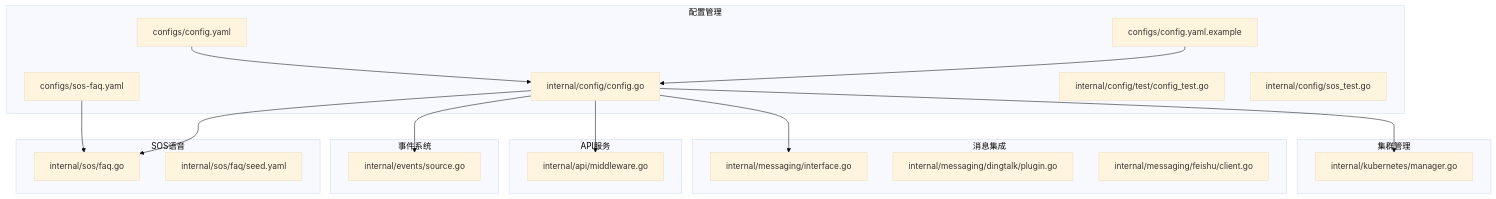
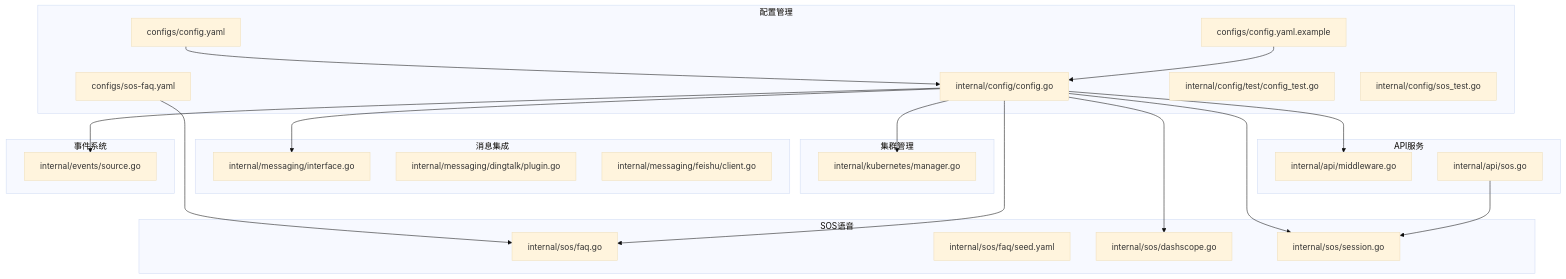
The first of 4 diagrams in .qoder/repowiki/zh/content/安装部署/配置管理.md (kudig-io/klaw), drawn with Mermaid (base theme) before and after one commit. The commit also changed other lines of this file and 257 other files, not shown here.

````diff
--- a/.qoder/repowiki/zh/content/安装部署/配置管理.md
+++ b/.qoder/repowiki/zh/content/安装部署/配置管理.md
@@ -57,37 +60,43 @@
 ```mermaid
 graph TB
 subgraph "配置管理"
 C1["configs/config.yaml"]
 C2["configs/config.yaml.example"]
 C3["configs/sos-faq.yaml"]
 C4["internal/config/config.go"]
 CT["internal/config/test/config_test.go"]
 ST["internal/config/sos_test.go"]
 end
 subgraph "集群管理"
 K1["internal/kubernetes/manager.go"]
 end
 subgraph "消息集成"
 M1["internal/messaging/interface.go"]
 M2["internal/messaging/dingtalk/plugin.go"]
 M3["internal/messaging/feishu/client.go"]
 end
 subgraph "SOS语音"
 S1["internal/sos/faq.go"]
 S2["internal/sos/faq/seed.yaml"]
+S3["internal/sos/dashscope.go"]
+S4["internal/sos/session.go"]
 end
 subgraph "API服务"
 A1["internal/api/middleware.go"]
+A2["internal/api/sos.go"]
 end
 subgraph "事件系统"
 E1["internal/events/source.go"]
 end
 C1 --> C4
 C2 --> C4
 C3 --> S1
 C4 --> K1
 C4 --> M1
 C4 --> A1
 C4 --> E1
 C4 --> S1
+C4 --> S3
+C4 --> S4
+A2 --> S4
 ```
````
